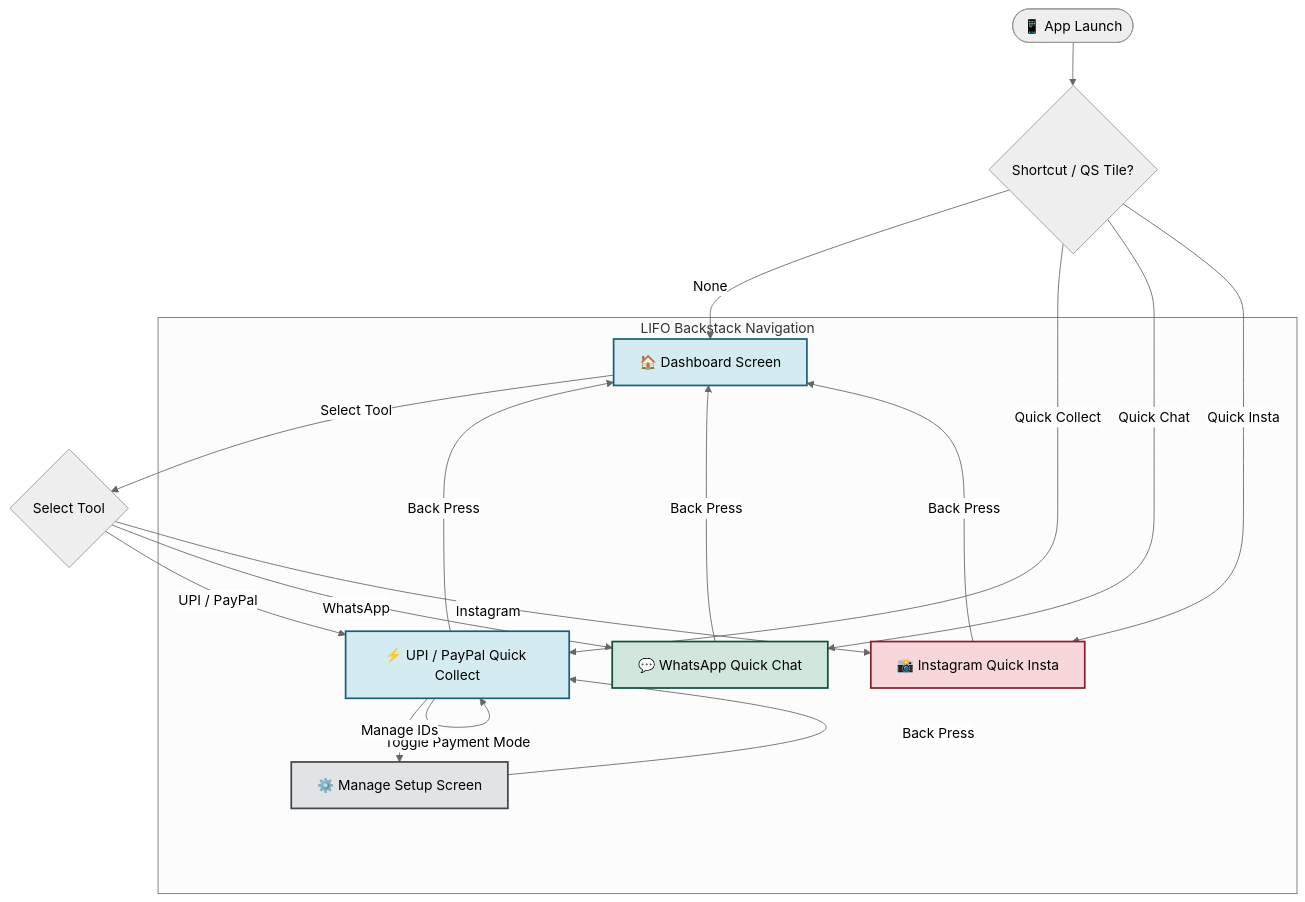
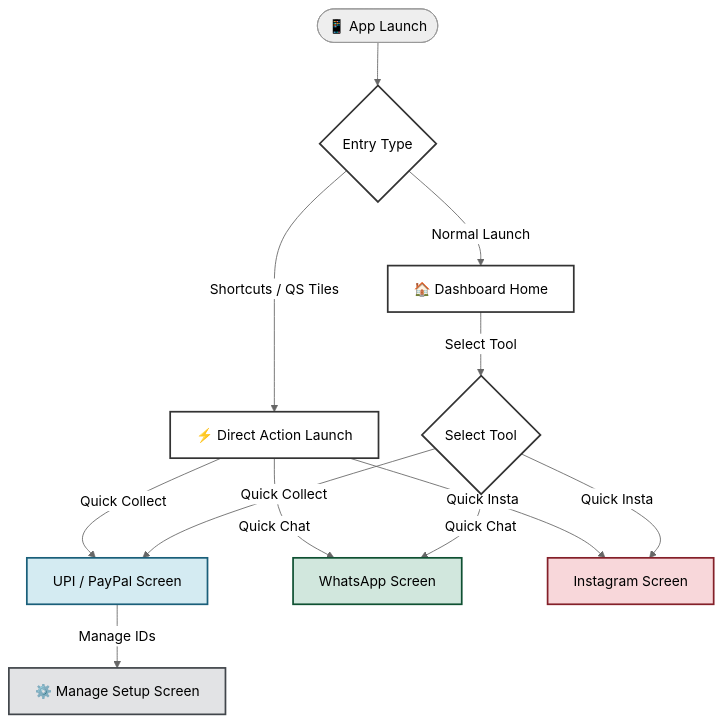
The diagram in README.md (IIXII-L192/PocketOps-app), drawn with Mermaid (neutral theme) before and after one commit. The commit also changed other lines of this file, not shown here.

Commit message:
Chore: Simplify navigation flowchart structure in README.md

````diff
--- a/README.md
+++ b/README.md
@@ -37,31 +37,27 @@
 ```mermaid
 graph TD
     %% Styling definitions
-    classDef main fill:#d4ebf2,stroke:#1a5f7a,stroke-width:2px,color:#000;
+    classDef entry fill:#fff,stroke:#333,stroke-width:2px,color:#000;
+    classDef blue fill:#d4ebf2,stroke:#1a5f7a,stroke-width:2px,color:#000;
     classDef green fill:#d1e7dd,stroke:#0f5132,stroke-width:2px,color:#000;
     classDef pink fill:#f8d7da,stroke:#842029,stroke-width:2px,color:#000;
-    classDef settings fill:#e2e3e5,stroke:#41464b,stroke-width:2px,color:#000;
+    classDef gray fill:#e2e3e5,stroke:#41464b,stroke-width:2px,color:#000;
     
-    Start([📱 App Launch]) --> Entry{Shortcut / QS Tile?}
+    Launch([📱 App Launch]) --> Entry{Entry Type}:::entry
     
-    Entry -->|None| Dash[🏠 Dashboard Screen]:::main
-    Entry -->|Quick Collect| Collect[⚡ UPI / PayPal Quick Collect]:::main
-    Entry -->|Quick Chat| Chat[💬 WhatsApp Quick Chat]:::green
-    Entry -->|Quick Insta| Insta[📸 Instagram Quick Insta]:::pink
+    %% Direct Shortcut / Tile Paths
+    Entry -->|Shortcuts / QS Tiles| Direct[⚡ Direct Action Launch]:::entry
+    Direct -->|Quick Collect| Collect[UPI / PayPal Screen]:::blue
+    Direct -->|Quick Chat| Chat[WhatsApp Screen]:::green
+    Direct -->|Quick Insta| Insta[Instagram Screen]:::pink
     
-    Dash -->|Select Tool| ToolSelect{Select Tool}
-    ToolSelect -->|UPI / PayPal| Collect
-    ToolSelect -->|WhatsApp| Chat
-    ToolSelect -->|Instagram| Insta
+    %% Standard Dashboard Path
+    Entry -->|Normal Launch| Dash[🏠 Dashboard Home]:::entry
+    Dash -->|Select Tool| DashTools{Select Tool}:::entry
+    DashTools -->|Quick Collect| Collect
+    DashTools -->|Quick Chat| Chat
+    DashTools -->|Quick Insta| Insta
     
-    Collect -->|Toggle Payment Mode| Collect
-    Collect -->|Manage IDs| Setup[⚙️ Manage Setup Screen]:::settings
-    
-    %% Navigation Back Stack Logic
-    subgraph Navigation Stack [LIFO Backstack Navigation]
-        Collect -->|Back Press| Dash
-        Chat -->|Back Press| Dash
-        Insta -->|Back Press| Dash
-        Setup -->|Back Press| Collect
-    end
+    %% Setup Sub-Paths
+    Collect -->|Manage IDs| Setup[⚙️ Manage Setup Screen]:::gray
 ```
````
